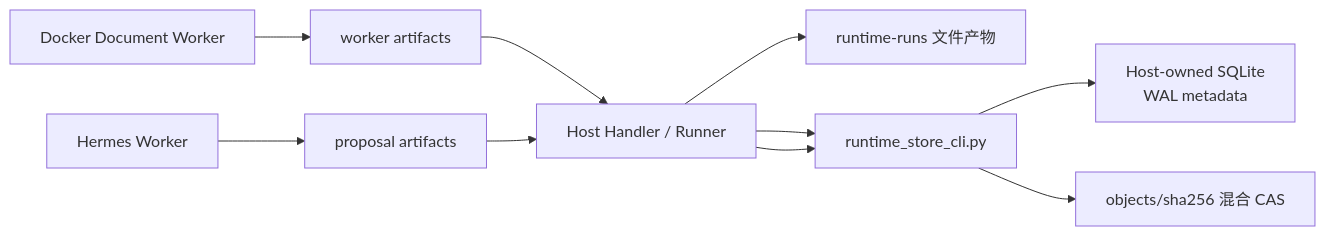
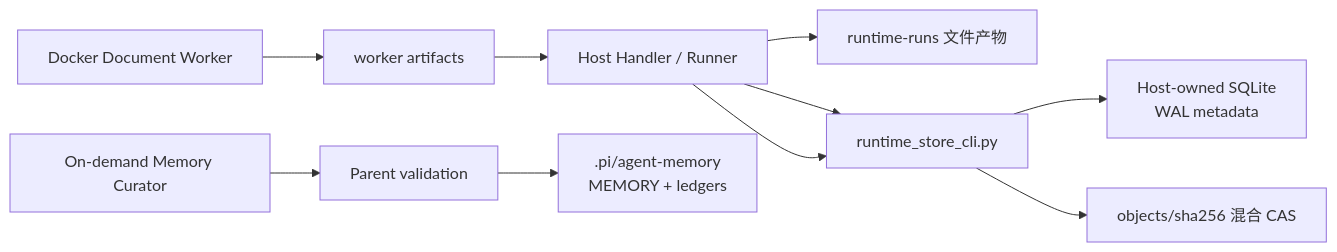
One commit to DESONGs/assignment-agent changed the diagram in wiki/14-local-data-storage-cache-backend.md. Above: the diagram before and after it, drawn with Mermaid. The commit also changed other lines of this file and 53 other files, not shown here.

Commit message:
feat: replace Hermes with evidence-backed meeting memory

````diff
--- a/wiki/14-local-data-storage-cache-backend.md
+++ b/wiki/14-local-data-storage-cache-backend.md
@@ -9,12 +9,12 @@
 ```mermaid
 flowchart LR
     Handler["Host Handler / Runner"] --> Files["runtime-runs 文件产物"]
     Handler --> CLI["runtime_store_cli.py"]
     CLI --> DB["Host-owned SQLite\nWAL metadata"]
     CLI --> CAS["objects/sha256 混合 CAS"]
     Worker["Docker Document Worker"] --> Result["worker artifacts"]
-    Hermes["Hermes Worker"] --> Proposal["proposal artifacts"]
+    Curator["On-demand Memory Curator"] --> Validate["Parent validation"]
+    Validate --> Memory[".pi/agent-memory\nMEMORY + ledgers"]
     Result --> Handler
-    Proposal --> Handler
     Handler --> CLI
 ```
````
